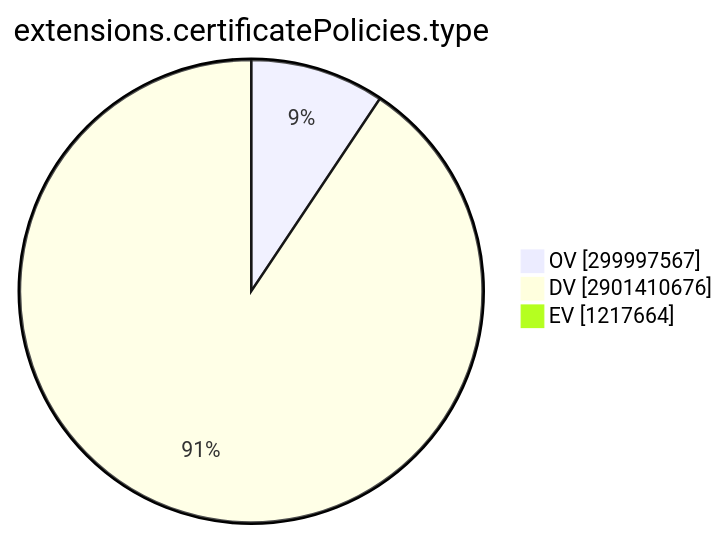
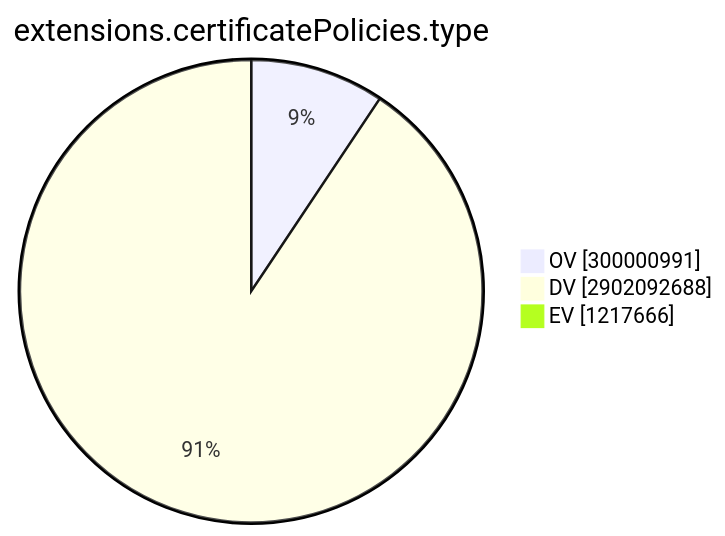
The ninth of 15 diagrams in TOTAL/README.md (christiankrug/ctmonitor_visualization), drawn with Mermaid before and after one commit. The commit also changed other lines of this file, not shown here.

````diff
--- a/TOTAL/README.md
+++ b/TOTAL/README.md
@@ -3101,7 +3101,7 @@
 ```mermaid
 pie showData
 title extensions.certificatePolicies.type
-"OV" :299997567
-"DV" :2901410676
-"EV" :1217664
+"OV" :300000991
+"DV" :2902092688
+"EV" :1217666
 ```
````
